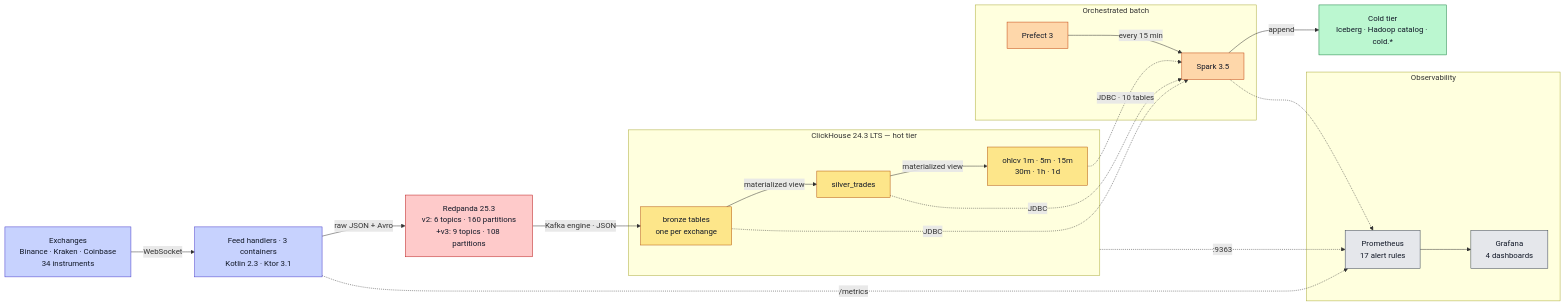
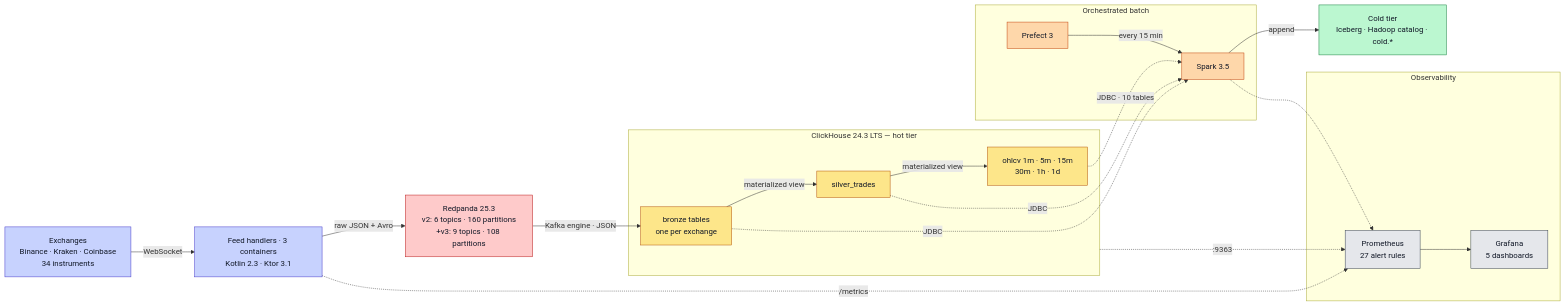
One commit to rjdscott/k2-market-data-platform changed the first of 2 diagrams in README.md. Above: the diagram before and after it, drawn with Mermaid. The commit also changed other lines of this file and 82 other files, not shown here.

````diff
--- a/README.md
+++ b/README.md
@@ -30,42 +32,42 @@
 ```mermaid
 flowchart LR
   E["Exchanges<br/>Binance · Kraken · Coinbase<br/>34 instruments"]:::kt
   F["Feed handlers · 3 containers<br/>Kotlin 2.3 · Ktor 3.1"]:::kt
   R["Redpanda 25.3<br/>v2: 6 topics · 160 partitions<br/>+v3: 9 topics · 108 partitions"]:::rp
   subgraph CH["ClickHouse 24.3 LTS — hot tier"]
     B["bronze tables<br/>one per exchange"]:::ch
     S["silver_trades"]:::ch
     G["ohlcv 1m · 5m · 15m<br/>30m · 1h · 1d"]:::ch
   end
   subgraph BATCH["Orchestrated batch"]
     P["Prefect 3"]:::sp
     K["Spark 3.5"]:::sp
   end
   I["Cold tier<br/>Iceberg · Hadoop catalog · cold.*"]:::st
   subgraph OBS["Observability"]
-    M["Prometheus<br/>17 alert rules"]:::ob
-    D["Grafana<br/>4 dashboards"]:::ob
+    M["Prometheus<br/>27 alert rules"]:::ob
+    D["Grafana<br/>5 dashboards"]:::ob
   end
 
   E -->|WebSocket| F
   F -->|"raw JSON + Avro"| R
   R -->|"Kafka engine · JSON"| B
   B -->|materialized view| S
   S -->|materialized view| G
   P -->|every 15 min| K
   B -.->|JDBC| K
   S -.->|JDBC| K
   G -.->|"JDBC · 10 tables"| K
   K -->|append| I
   F -.->|/metrics| M
   CH -.->|:9363| M
   K -.-> M
   M --> D
 
   classDef kt fill:#c7d2fe,stroke:#4338ca,color:#111827
   classDef rp fill:#fecaca,stroke:#b91c1c,color:#111827
   classDef ch fill:#fde68a,stroke:#b45309,color:#111827
   classDef sp fill:#fed7aa,stroke:#c2410c,color:#111827
   classDef st fill:#bbf7d0,stroke:#15803d,color:#111827
   classDef ob fill:#e5e7eb,stroke:#374151,color:#111827
 ```
````
